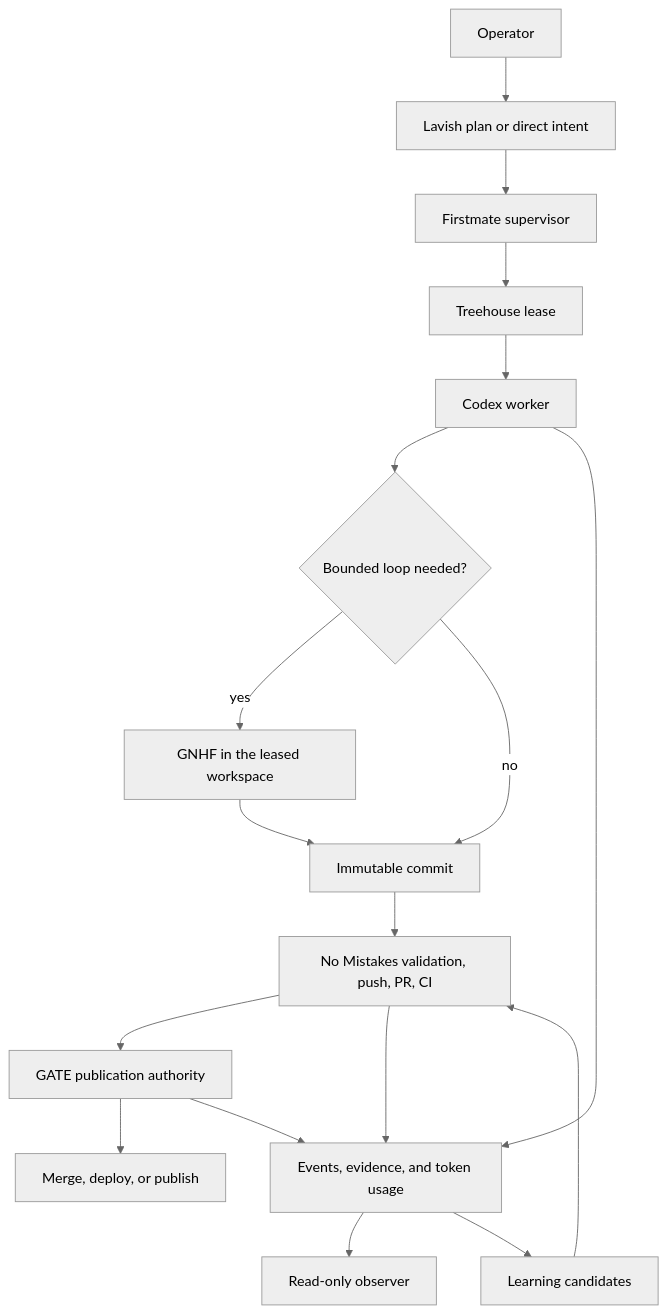
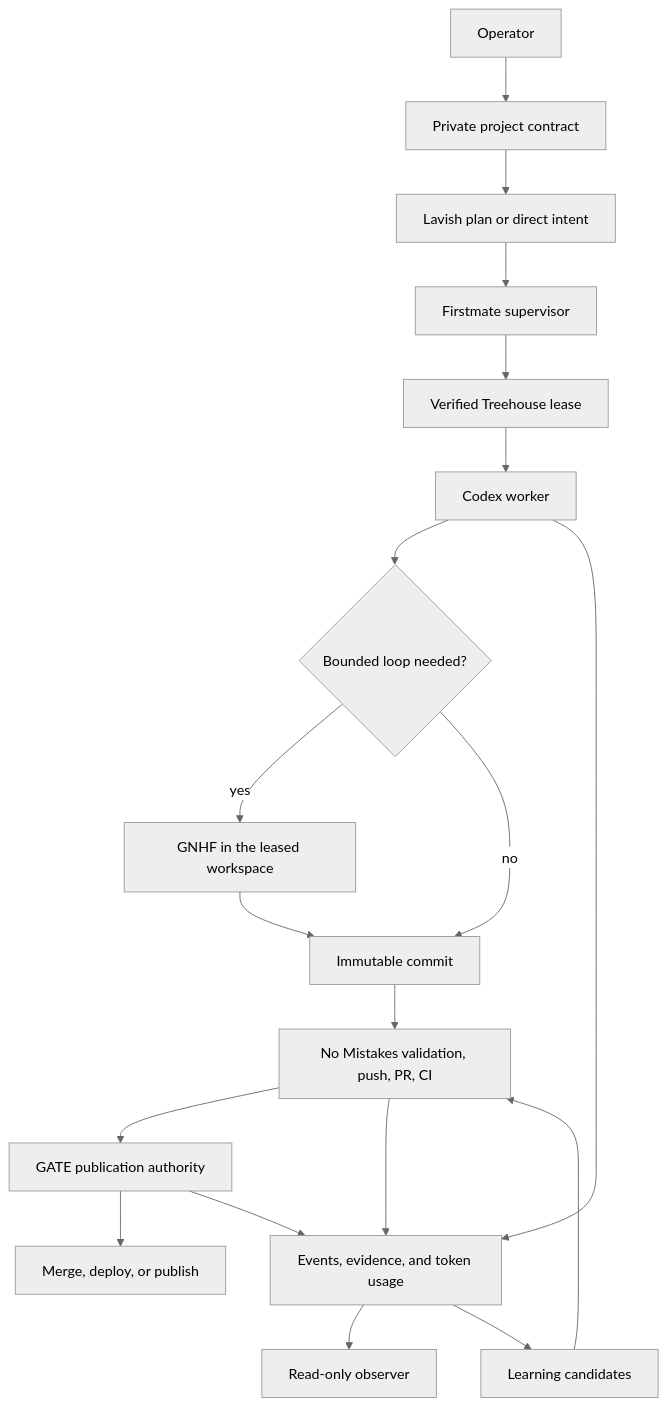
Before and after one commit to SmurfTurfPawpaw/GATE: the first of 2 diagrams in docs/architecture.md, drawn with Mermaid (neutral theme). The commit also changed other lines of this file and 46 other files, not shown here.

````diff
--- a/docs/architecture.md
+++ b/docs/architecture.md
@@ -21,20 +21,21 @@
 ```mermaid
 flowchart TD
-    O[Operator] --> P[Lavish plan or direct intent]
+    O[Operator] --> R[Private project contract]
+    R --> P[Lavish plan or direct intent]
     P --> F[Firstmate supervisor]
-    F --> T[Treehouse lease]
+    F --> T[Verified Treehouse lease]
     T --> W[Codex worker]
     W --> G{Bounded loop needed?}
     G -->|yes| H[GNHF in the leased workspace]
     G -->|no| C[Immutable commit]
     H --> C
     C --> N[No Mistakes validation, push, PR, CI]
     N --> A[GATE publication authority]
     A --> M[Merge, deploy, or publish]
     W --> E[Events, evidence, and token usage]
     N --> E
     A --> E
     E --> V[Read-only observer]
     E --> L[Learning candidates]
     L --> N
 ```
````
